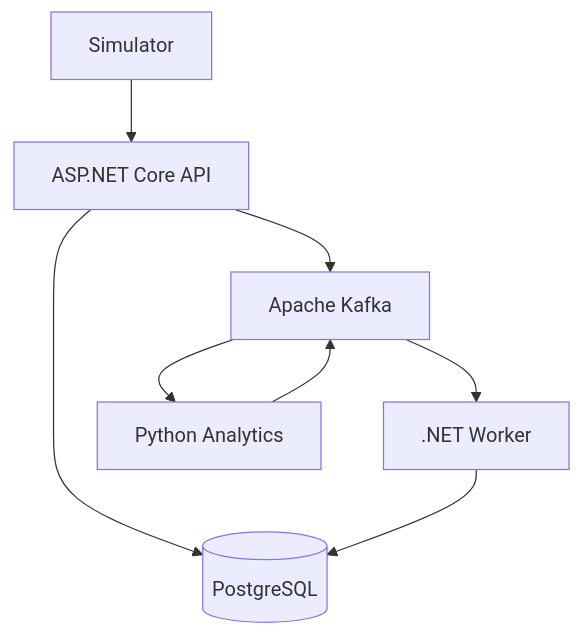
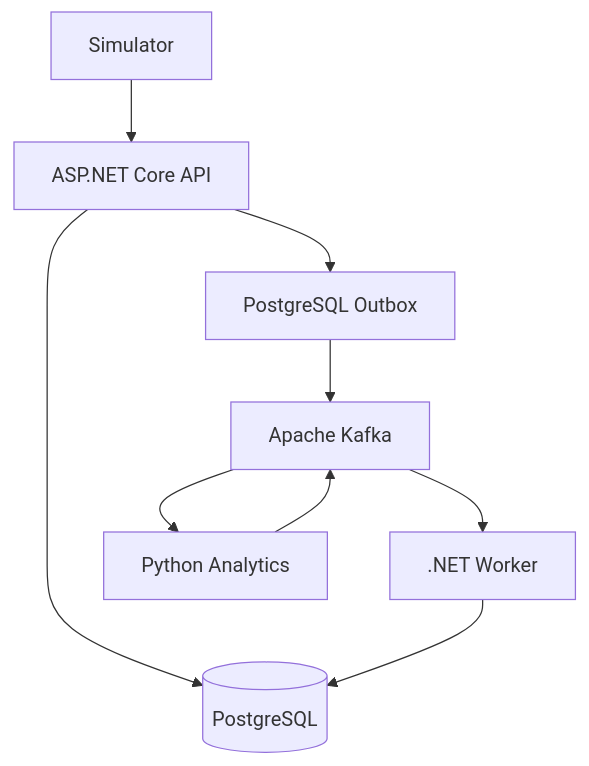
One commit to I-want-be-monke/FleetCare changed the diagram in docs/architecture.md. Above: the diagram before and after it, drawn with Mermaid. The commit also changed other lines of this file and 24 other files, not shown here.

````diff
--- a/docs/architecture.md
+++ b/docs/architecture.md
@@ -14,10 +14,11 @@
 ```mermaid
 flowchart TD
     S[Simulator] --> A[ASP.NET Core API]
     A --> DB[(PostgreSQL)]
-    A --> K[Apache Kafka]
+    A --> O[PostgreSQL Outbox]
+    O --> K[Apache Kafka]
     K --> W[.NET Worker]
     K --> P[Python Analytics]
     P --> K
     W --> DB
 ```
````
